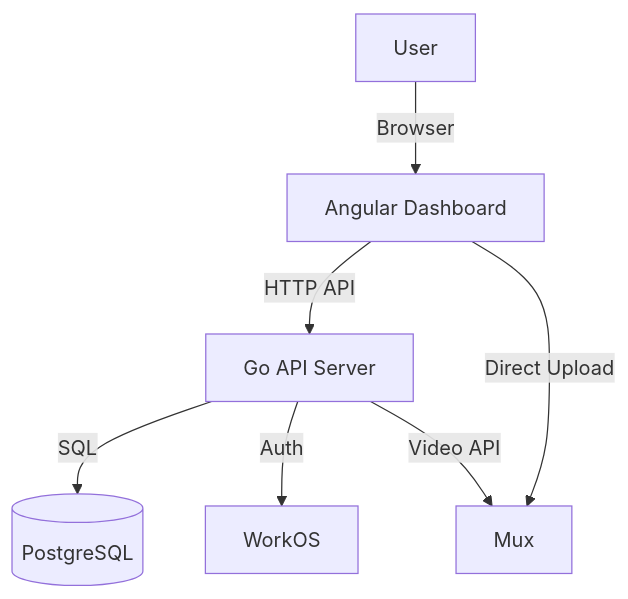
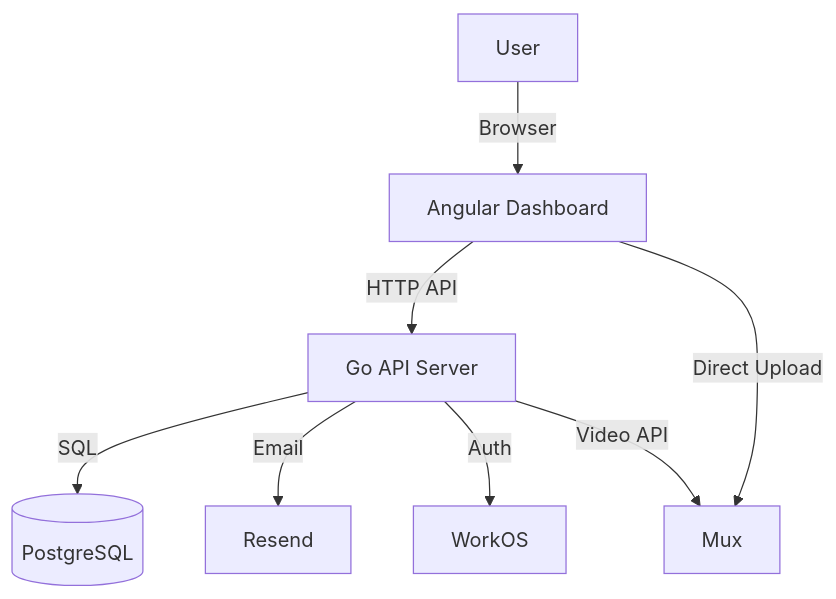
The second of 4 diagrams in README.md (OZIOisgood/zeta), drawn with Mermaid before and after one commit.

Commit message:
feat(docs): update system architecture diagram to include email service integration

````diff
--- a/README.md
+++ b/README.md
@@ -116,9 +116,10 @@
 ```mermaid
 graph TD
     User[User] -->|Browser| Web[Angular Dashboard]
     Web -->|HTTP API| API[Go API Server]
     API -->|SQL| DB[(PostgreSQL)]
+    API -->|Email| Resend[Resend]
     API -->|Auth| WorkOS[WorkOS]
     API -->|Video API| Mux[Mux]
     Web -->|Direct Upload| Mux
 ```
````
